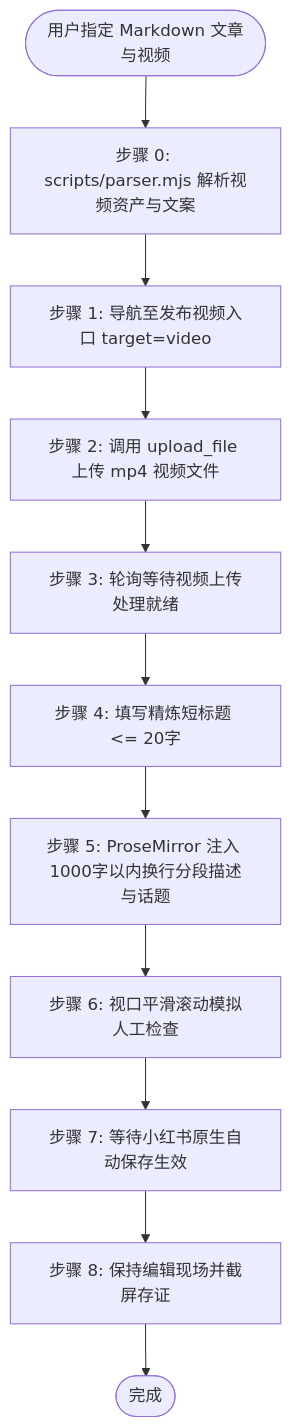
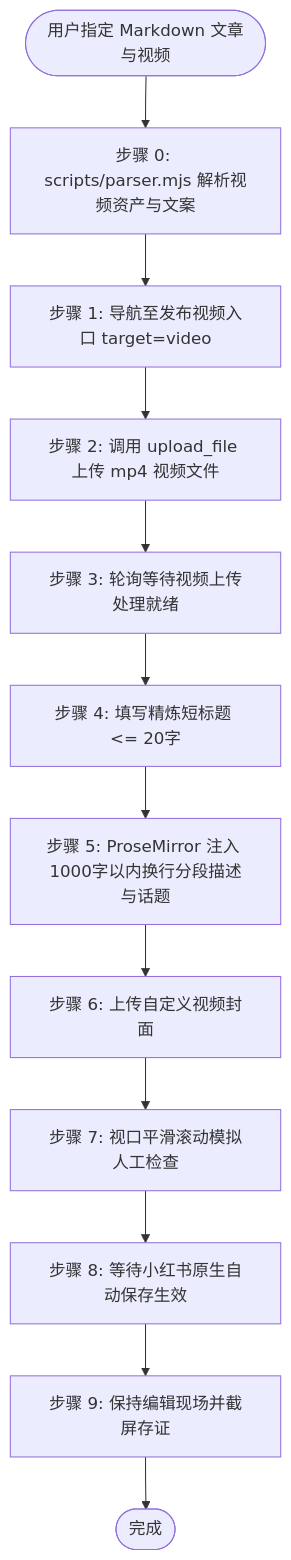
The diagram in skills/doudou-xiaohongshu/SKILL.md (undsky/doudou-publish-skills), drawn with Mermaid before and after one commit. The commit also changed other lines of this file and 25 other files, not shown here.

````diff
--- a/skills/doudou-xiaohongshu/SKILL.md
+++ b/skills/doudou-xiaohongshu/SKILL.md
@@ -206,13 +206,14 @@
 ```mermaid
 flowchart TD
     Start([用户指定 Markdown 文章与视频]) --> Parse[步骤 0: scripts/parser.mjs 解析视频资产与文案]
     Parse --> Nav[步骤 1: 导航至发布视频入口 target=video]
     Nav --> Upload[步骤 2: 调用 upload_file 上传 mp4 视频文件]
     Upload --> Wait[步骤 3: 轮询等待视频上传处理就绪]
     Wait --> Title[步骤 4: 填写精炼短标题 <= 20字]
     Title --> Desc[步骤 5: ProseMirror 注入 1000字以内换行分段描述与话题]
-    Desc --> Scroll[步骤 6: 视口平滑滚动模拟人工检查]
-    Scroll --> WaitSave[步骤 7: 等待小红书原生自动保存生效]
-    WaitSave --> Proof[步骤 8: 保持编辑现场并截屏存证]
+    Desc --> Cover[步骤 6: 上传自定义视频封面]
+    Cover --> Scroll[步骤 7: 视口平滑滚动模拟人工检查]
+    Scroll --> WaitSave[步骤 8: 等待小红书原生自动保存生效]
+    WaitSave --> Proof[步骤 9: 保持编辑现场并截屏存证]
     Proof --> End([完成])
 ```
````
